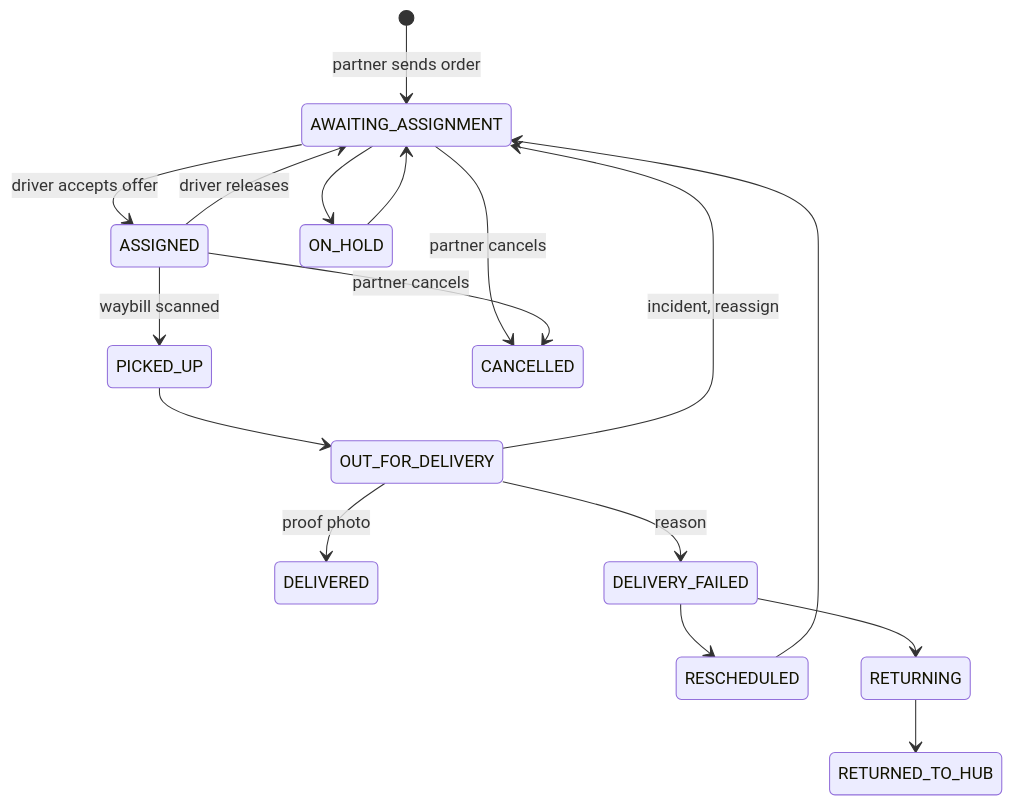
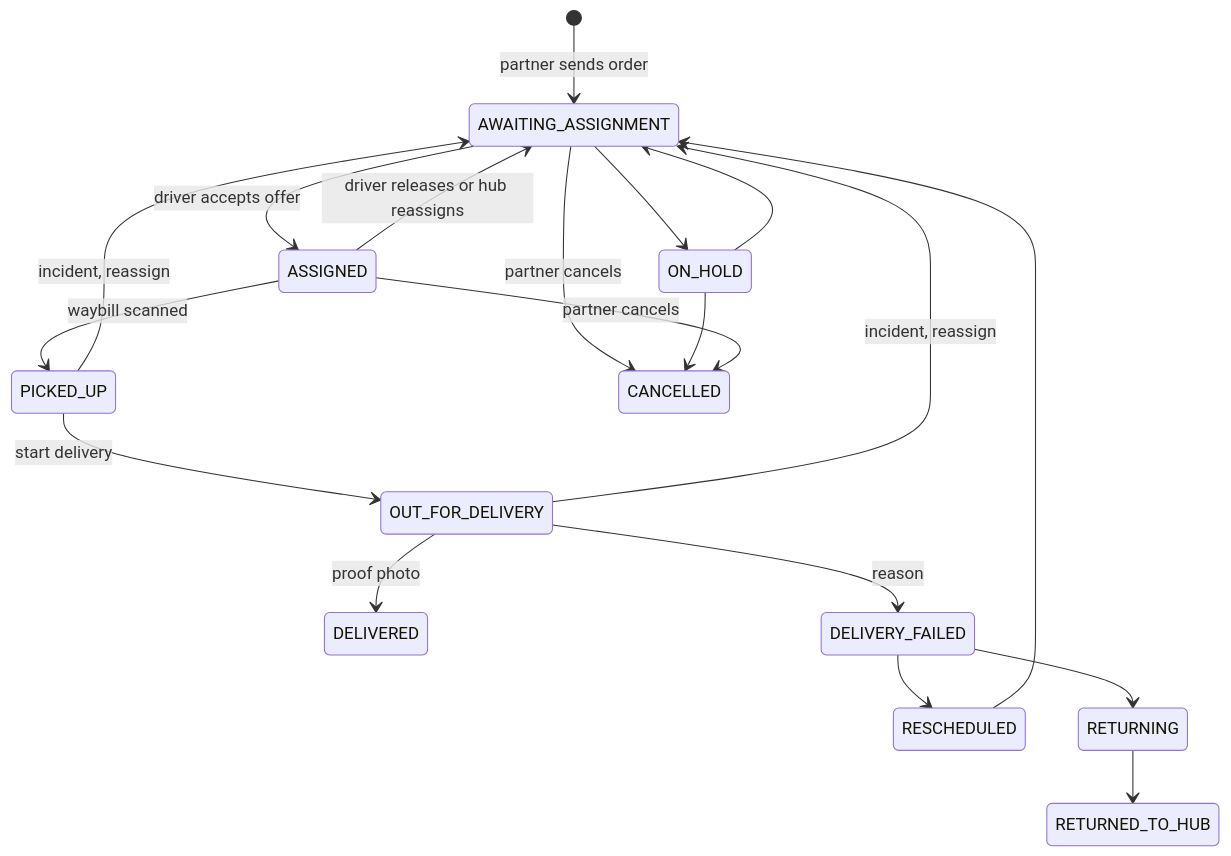
One commit to thienAG4/h4t-xpress changed the fifth of 8 diagrams in README.md. Above: the diagram before and after it, drawn with Mermaid. The commit also changed other lines of this file and 2 other files, not shown here.

First line of the commit message:
docs: phase 2 README flows, checklist and spec decisions

````diff
--- a/README.md
+++ b/README.md
@@ -156,19 +178,21 @@
 ```mermaid
 stateDiagram-v2
     [*] --> AWAITING_ASSIGNMENT: partner sends order
     AWAITING_ASSIGNMENT --> ASSIGNED: driver accepts offer
     AWAITING_ASSIGNMENT --> ON_HOLD
     ON_HOLD --> AWAITING_ASSIGNMENT
-    ASSIGNED --> AWAITING_ASSIGNMENT: driver releases
+    ASSIGNED --> AWAITING_ASSIGNMENT: driver releases or hub reassigns
     ASSIGNED --> PICKED_UP: waybill scanned
-    PICKED_UP --> OUT_FOR_DELIVERY
+    PICKED_UP --> OUT_FOR_DELIVERY: start delivery
+    PICKED_UP --> AWAITING_ASSIGNMENT: incident, reassign
     OUT_FOR_DELIVERY --> DELIVERED: proof photo
     OUT_FOR_DELIVERY --> DELIVERY_FAILED: reason
     OUT_FOR_DELIVERY --> AWAITING_ASSIGNMENT: incident, reassign
     DELIVERY_FAILED --> RESCHEDULED
     RESCHEDULED --> AWAITING_ASSIGNMENT
     DELIVERY_FAILED --> RETURNING
     RETURNING --> RETURNED_TO_HUB
     AWAITING_ASSIGNMENT --> CANCELLED: partner cancels
+    ON_HOLD --> CANCELLED
     ASSIGNED --> CANCELLED: partner cancels
 ```
````
